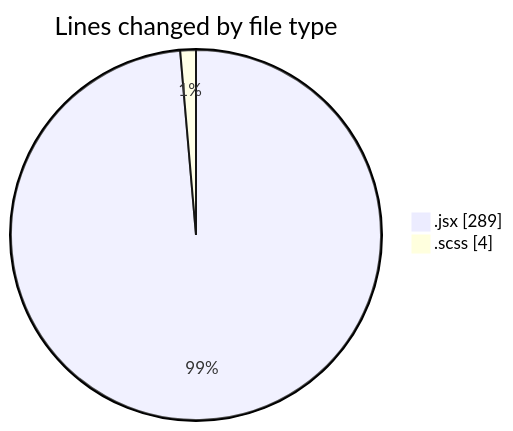
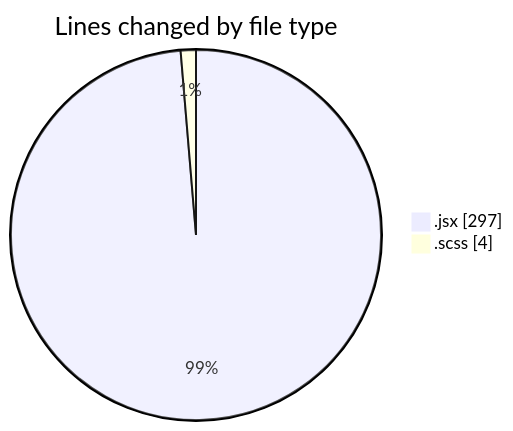
One commit to momahboobian/code-tracking changed the first of 2 diagrams in 2025-06-04/cda/README.md. Above: the diagram before and after it, drawn with Mermaid. The commit also changed other lines of this file and 1 other file, not shown here.

````diff
--- a/2025-06-04/cda/README.md
+++ b/2025-06-04/cda/README.md
@@ -22,6 +22,6 @@
 ```mermaid
 pie showData
 title Lines changed by file type
-".jsx" : 289
+".jsx" : 297
 ".scss" : 4
 ```
````
